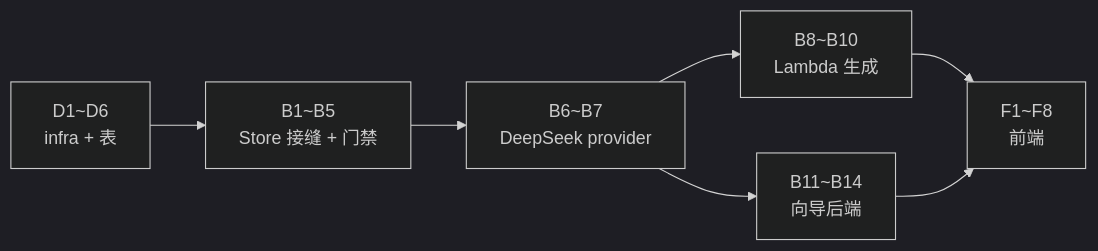
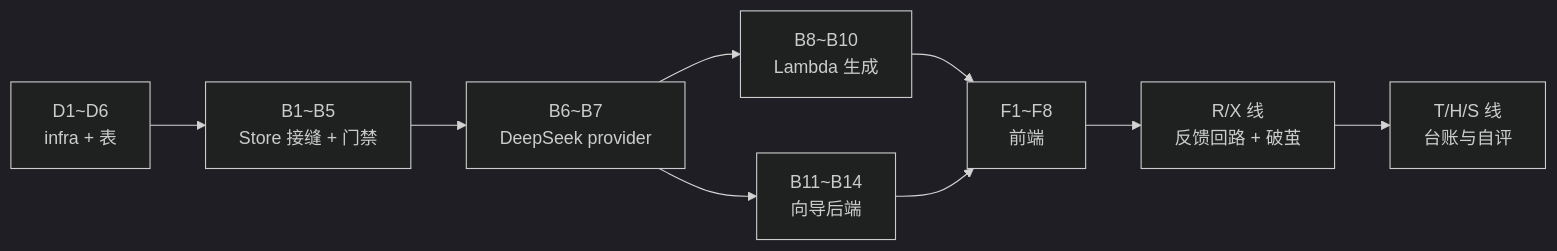
One commit to AI-Nanisle/nanisle-product changed the diagram in products/001-daily-brief/docs/03-实施清单.md. Above: the diagram before and after it, drawn with Mermaid (dark theme). The commit also changed other lines of this file and 30 other files, not shown here.

````diff
--- a/products/001-daily-brief/docs/03-实施清单.md
+++ b/products/001-daily-brief/docs/03-实施清单.md
@@ -8,9 +8,11 @@
 ```mermaid
 flowchart LR
     A["D1~D6<br/>infra + 表"] --> B["B1~B5<br/>Store 接缝 + 门禁"]
     B --> C["B6~B7<br/>DeepSeek provider"]
     C --> D["B8~B10<br/>Lambda 生成"]
     C --> E["B11~B14<br/>向导后端"]
     D --> F["F1~F8<br/>前端"]
     E --> F
+    F --> R["R/X 线<br/>反馈回路 + 破茧"]
+    R --> G["T/H/S 线<br/>台账与自评"]
 ```
````
